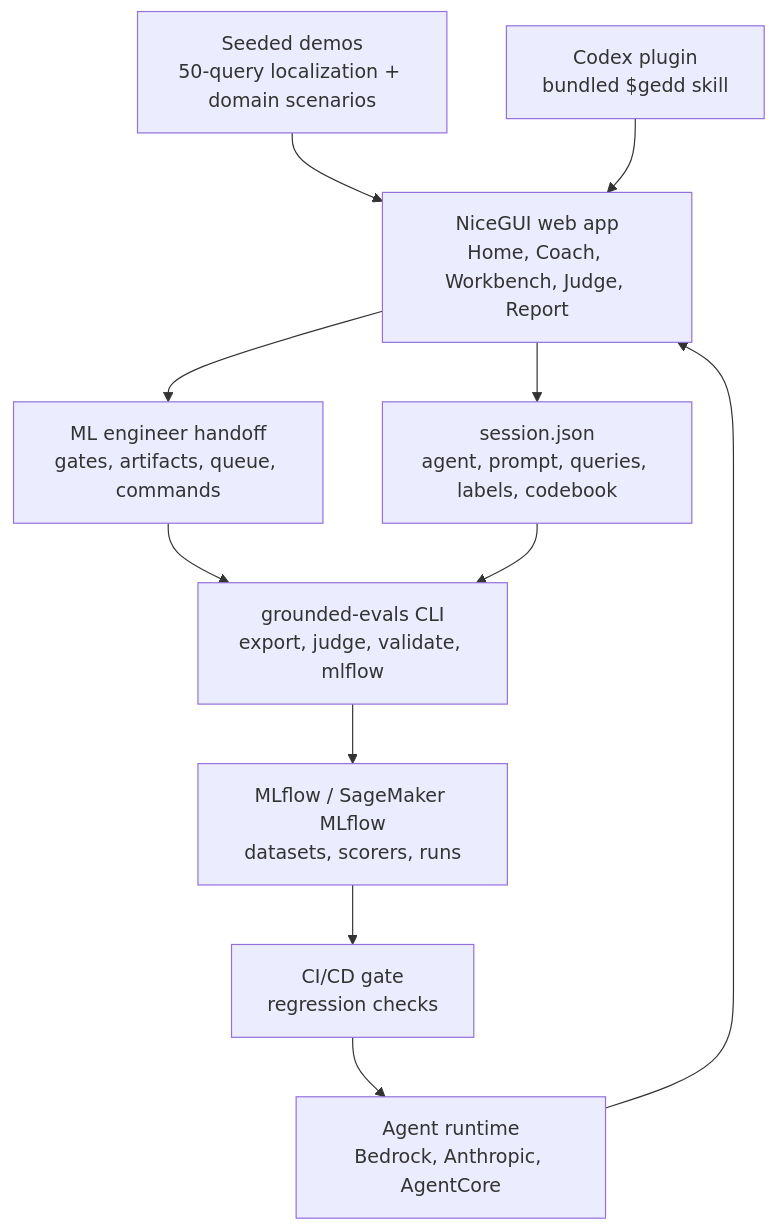
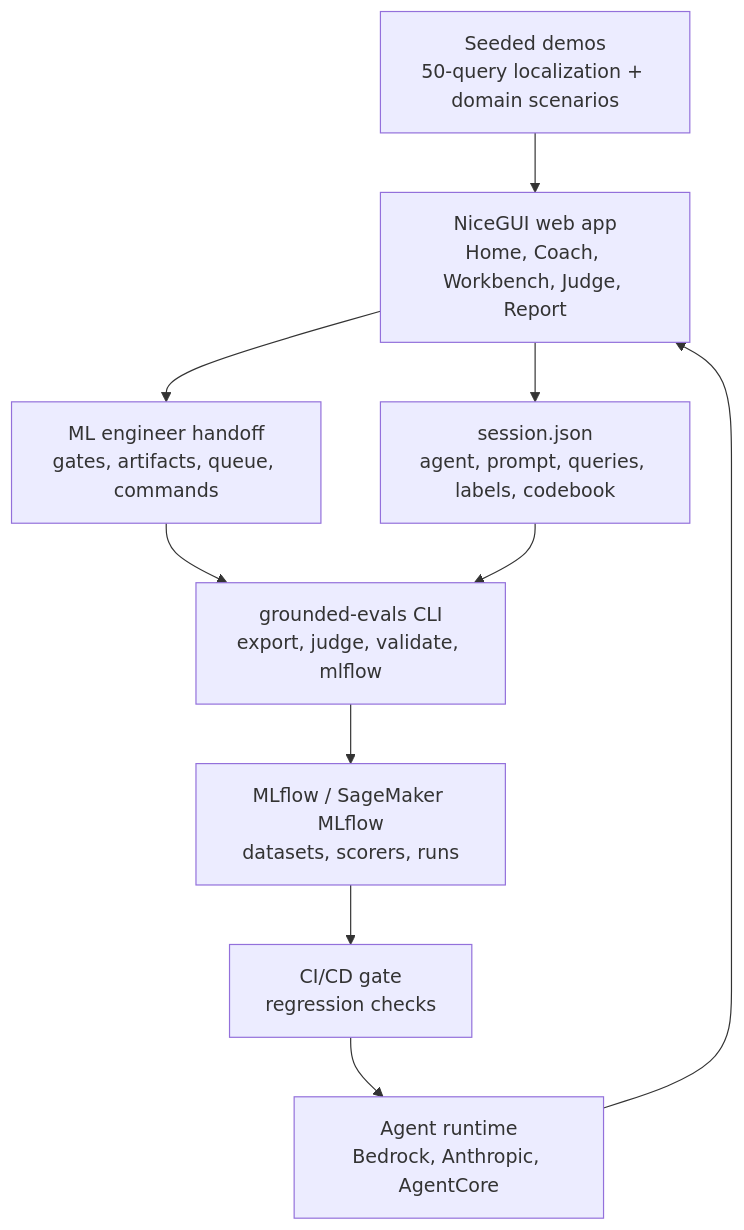
The diagram in README.md (aws-samples/sample-GEDD), drawn with Mermaid before and after one commit. The commit also changed other lines of this file and 8 other files, not shown here.

Commit message:
Remove Codex plugin and skill docs

````diff
--- a/README.md
+++ b/README.md
@@ -241,23 +233,21 @@
 ```mermaid
 flowchart TD
     WEB["NiceGUI web app<br/>Home, Coach, Workbench, Judge, Report"]
     DEMO["Seeded demos<br/>50-query localization + domain scenarios"]
     SESSION["session.json<br/>agent, prompt, queries, labels, codebook"]
     REPORT["ML engineer handoff<br/>gates, artifacts, queue, commands"]
     CLI["grounded-evals CLI<br/>export, judge, validate, mlflow"]
     MLFLOW["MLflow / SageMaker MLflow<br/>datasets, scorers, runs"]
     CI["CI/CD gate<br/>regression checks"]
     RUNTIME["Agent runtime<br/>Bedrock, Anthropic, AgentCore"]
-    CODEX["Codex plugin<br/>bundled $gedd skill"]
 
     DEMO --> WEB
-    CODEX --> WEB
     WEB --> SESSION
     WEB --> REPORT
     REPORT --> CLI
     SESSION --> CLI
     CLI --> MLFLOW
     MLFLOW --> CI
     CI --> RUNTIME
     RUNTIME --> WEB
 ```
````
